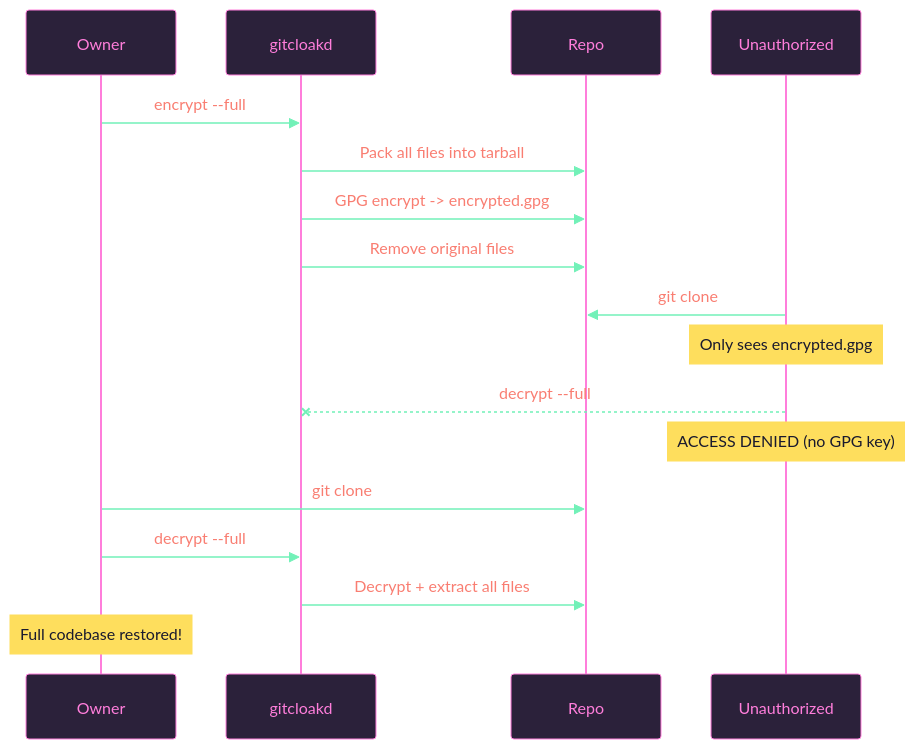
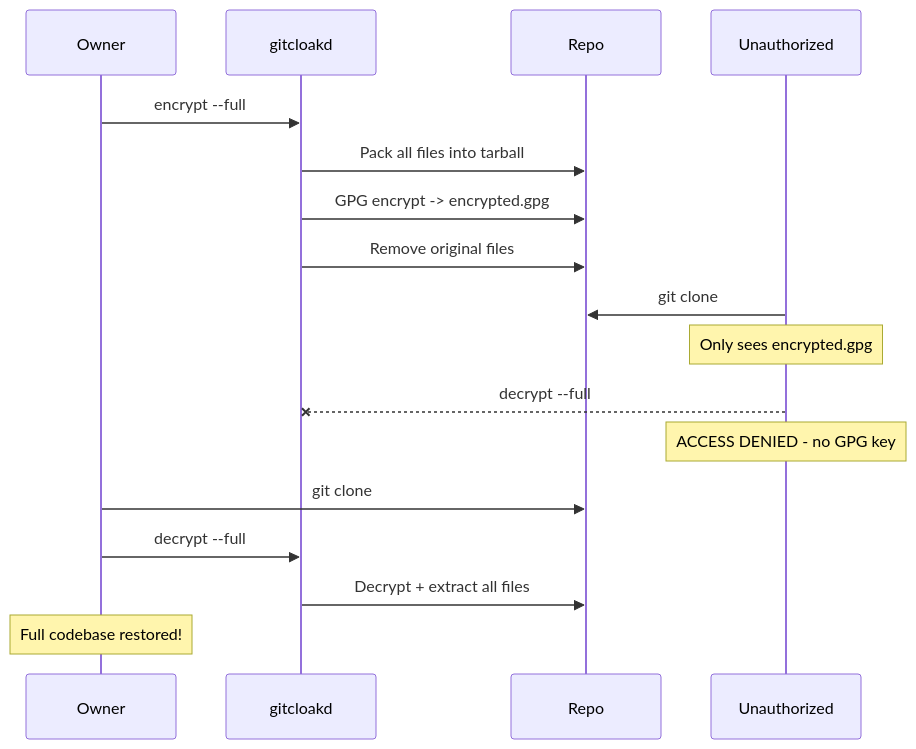
The third of 6 diagrams in README.md (haKC-ai/gitcloakd), drawn with Mermaid before and after one commit. The commit also changed other lines of this file, not shown here.

````diff
--- a/README.md
+++ b/README.md
@@ -194,23 +248,22 @@
 ```mermaid
-%%{init: {'theme': 'base', 'themeVariables': { 'fontFamily': 'Lato', 'fontSize': '15px', 'primaryColor': '#2b213a', 'primaryTextColor': '#ff7edb', 'primaryBorderColor': '#ff7edb', 'lineColor': '#72f1b8', 'secondaryColor': '#34294f', 'tertiaryColor': '#1a1a2e', 'actorTextColor': '#ff7edb', 'actorBkg': '#2b213a', 'actorBorder': '#ff7edb', 'signalColor': '#72f1b8', 'signalTextColor': '#f97e72', 'noteTextColor': '#1a1a2e', 'noteBkgColor': '#fede5d', 'noteBorderColor': '#fede5d' }}}%%
 sequenceDiagram
     participant Owner
     participant gitcloakd
     participant Repo
     participant Unauthorized
 
     Owner->>gitcloakd: encrypt --full
     gitcloakd->>Repo: Pack all files into tarball
     gitcloakd->>Repo: GPG encrypt -> encrypted.gpg
     gitcloakd->>Repo: Remove original files
 
     Unauthorized->>Repo: git clone
     Note over Unauthorized: Only sees encrypted.gpg
     Unauthorized--xgitcloakd: decrypt --full
-    Note over Unauthorized: ACCESS DENIED (no GPG key)
+    Note over Unauthorized: ACCESS DENIED - no GPG key
 
     Owner->>Repo: git clone
     Owner->>gitcloakd: decrypt --full
     gitcloakd->>Repo: Decrypt + extract all files
     Note over Owner: Full codebase restored!
 ```
````
